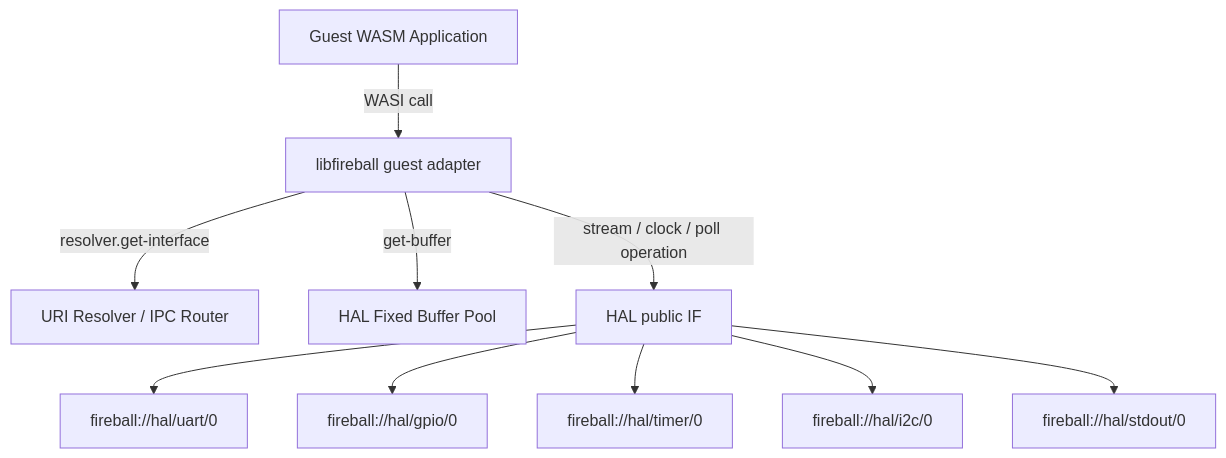
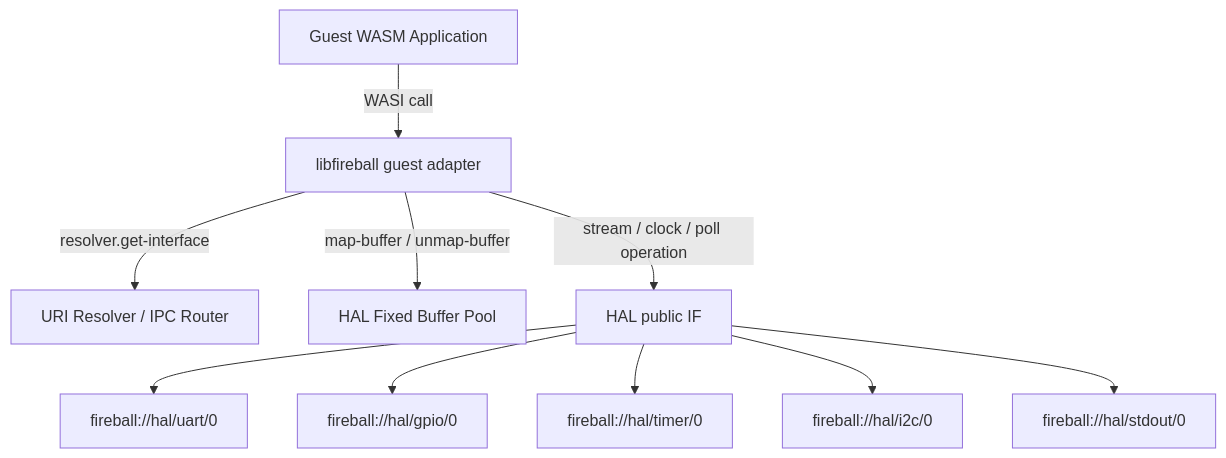
One commit to kmt-t/fireball changed the diagram in docs/components/tier3_platform/interface_wit.md. Above: the diagram before and after it, drawn with Mermaid. The commit also changed other lines of this file and 55 other files, not shown here.

Commit message:
Update project architecture and validation artifacts

````diff
--- a/docs/components/tier3_platform/interface_wit.md
+++ b/docs/components/tier3_platform/interface_wit.md
@@ -62,12 +64,12 @@
 ```mermaid
 flowchart TD
     Guest[Guest WASM Application] -->|WASI call| Lib[libfireball guest adapter]
     Lib -->|resolver.get-interface| Res[URI Resolver / IPC Router]
-    Lib -->|get-buffer| HBP[HAL Fixed Buffer Pool]
+    Lib -->|map-buffer / unmap-buffer| HBP[HAL Fixed Buffer Pool]
     Lib -->|stream / clock / poll operation| W3Core[HAL public IF]
     W3Core --> UART[fireball://hal/uart/0]
     W3Core --> GPIO[fireball://hal/gpio/0]
     W3Core --> Timer[fireball://hal/timer/0]
     W3Core --> I2C[fireball://hal/i2c/0]
     W3Core --> Console[fireball://hal/stdout/0]
 ```
````
